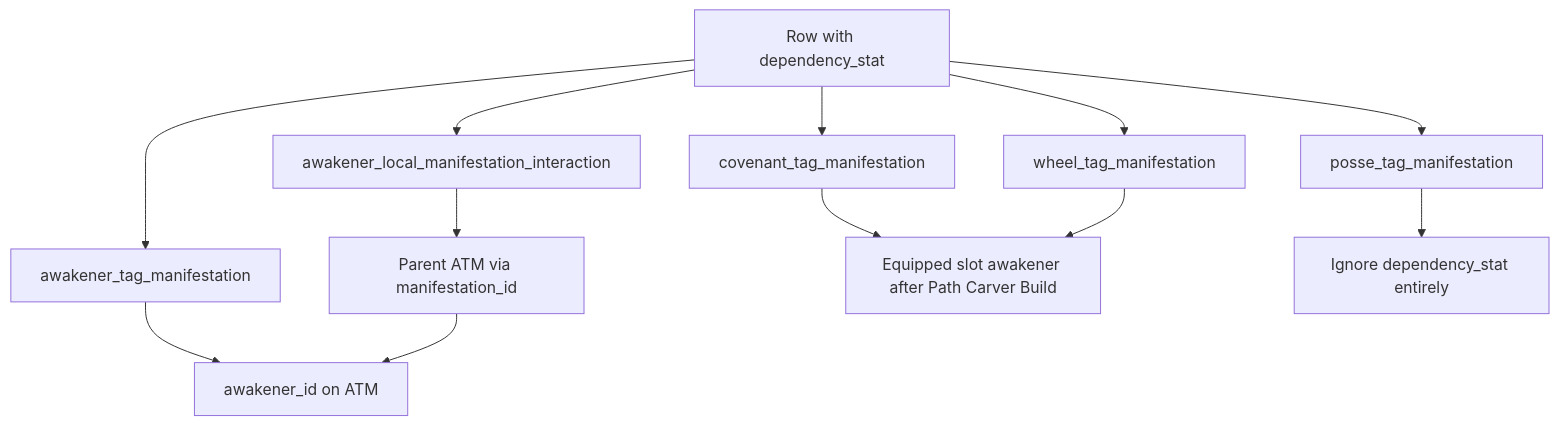
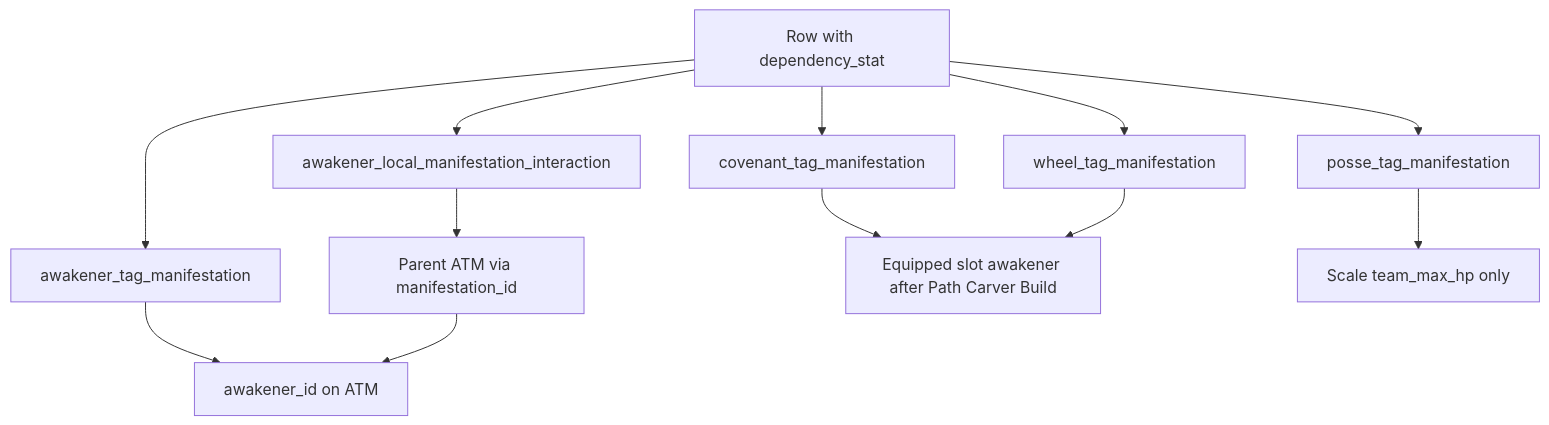
Before and after one commit to AnotherAurora/MotherTree: the diagram in .cursor/plans/simulator_phased_plan_7b0fcf95.plan.md, drawn with Mermaid. The commit also changed other lines of this file and 21 other files, not shown here.

````diff
--- a/.cursor/plans/simulator_phased_plan_7b0fcf95.plan.md
+++ b/.cursor/plans/simulator_phased_plan_7b0fcf95.plan.md
@@ -514,15 +514,15 @@
 ```mermaid
 flowchart TD
   row[Row with dependency_stat]
   row --> atm[awakener_tag_manifestation]
   row --> ov[awakener_local_manifestation_interaction]
   row --> cov[covenant_tag_manifestation]
   row --> wheel[wheel_tag_manifestation]
   row --> posse[posse_tag_manifestation]
   atm --> aid[awakener_id on ATM]
   ov --> parent[Parent ATM via manifestation_id]
   parent --> aid
   cov --> slot[Equipped slot awakener after Path Carver Build]
   wheel --> slot
-  posse --> skip[Ignore dependency_stat entirely]
+  posse --> skip[Scale team_max_hp only]
 ```
````
